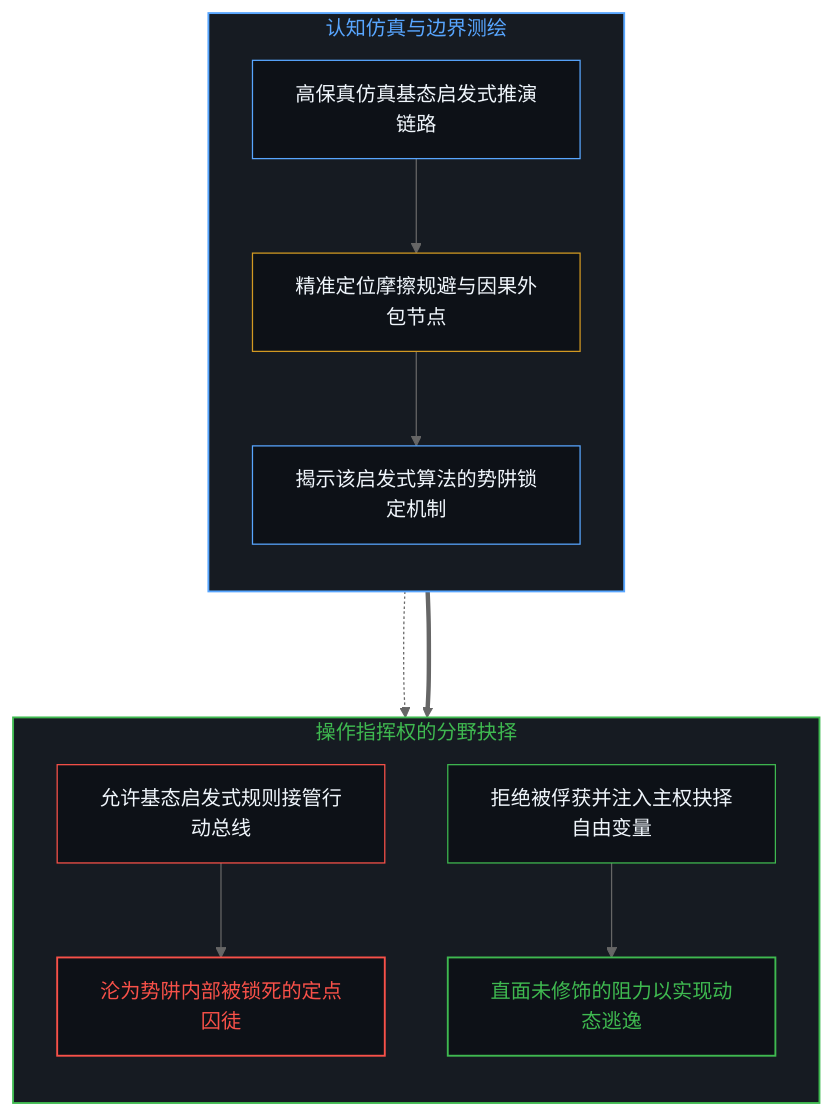
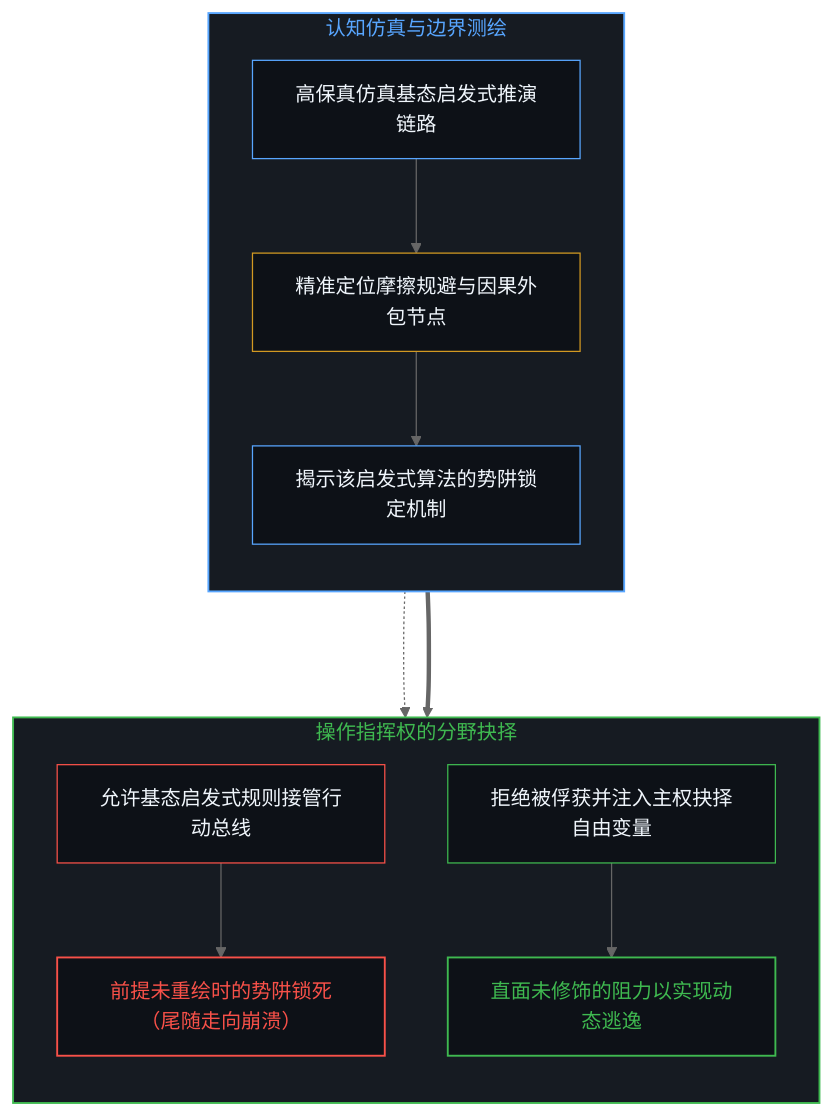
The fifth of 10 diagrams in content/posts/the-explanatory-trap-of-the-ordinary-perspective.md (powerpig99/not-a-toe), drawn with Mermaid (neutral theme) before and after one commit. The commit also changed other lines of this file and 4 other files, not shown here.

````diff
--- a/content/posts/the-explanatory-trap-of-the-ordinary-perspective.md
+++ b/content/posts/the-explanatory-trap-of-the-ordinary-perspective.md
@@ -161,24 +157,24 @@
 ```mermaid
 flowchart TD
     subgraph S_CognitiveEmpathy ["认知仿真与边界测绘"]
         direction TB
         C_Emulate["高保真仿真基态启发式推演链路"] --> C_Locate["精准定位摩擦规避与因果外包节点"]
         C_Locate --> C_Diagnose["揭示该启发式算法的势阱锁定机制"]
     end
     subgraph S_OperationalControl ["操作指挥权的分野抉择"]
         direction TB
-        O_Surrender["允许基态启发式规则接管行动总线"] --> O_Paralysis["沦为势阱内部被锁死的定点囚徒"]
+        O_Surrender["允许基态启发式规则接管行动总线"] --> O_Paralysis["前提未重绘时的势阱锁死（尾随走向崩溃）"]
         O_Inject["拒绝被俘获并注入主权抉择自由变量"] --> O_Escape["直面未修饰的阻力以实现动态逃逸"]
     end
     C_Diagnose -.-> O_Surrender
     C_Diagnose ===> O_Inject
     style S_CognitiveEmpathy fill:#161b22,stroke:#58a6ff,stroke-width:1.5px,color:#58a6ff
     style S_OperationalControl fill:#161b22,stroke:#3fb950,stroke-width:1.5px,color:#3fb950
     style C_Emulate fill:#0d1117,stroke:#58a6ff,stroke-width:1px,color:#f0f6fc
     style C_Locate fill:#0d1117,stroke:#d29922,stroke-width:1px,color:#f0f6fc
     style C_Diagnose fill:#0d1117,stroke:#58a6ff,stroke-width:1px,color:#f0f6fc
     style O_Surrender fill:#0d1117,stroke:#f85149,stroke-width:1px,color:#f0f6fc
     style O_Paralysis fill:#0d1117,stroke:#f85149,stroke-width:1.5px,color:#f85149
     style O_Inject fill:#0d1117,stroke:#3fb950,stroke-width:1px,color:#f0f6fc
     style O_Escape fill:#0d1117,stroke:#3fb950,stroke-width:1.5px,color:#3fb950
 ```
````
